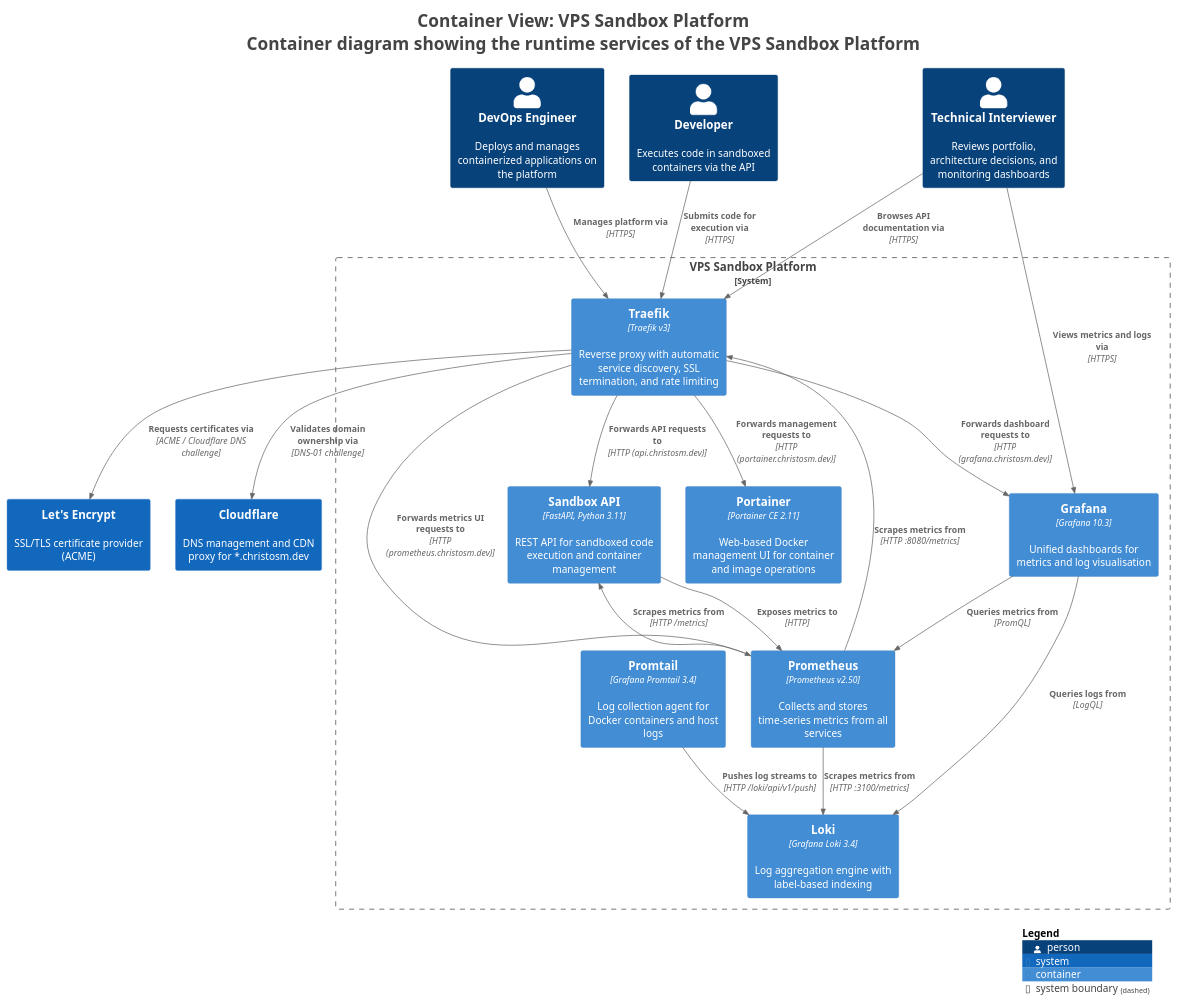
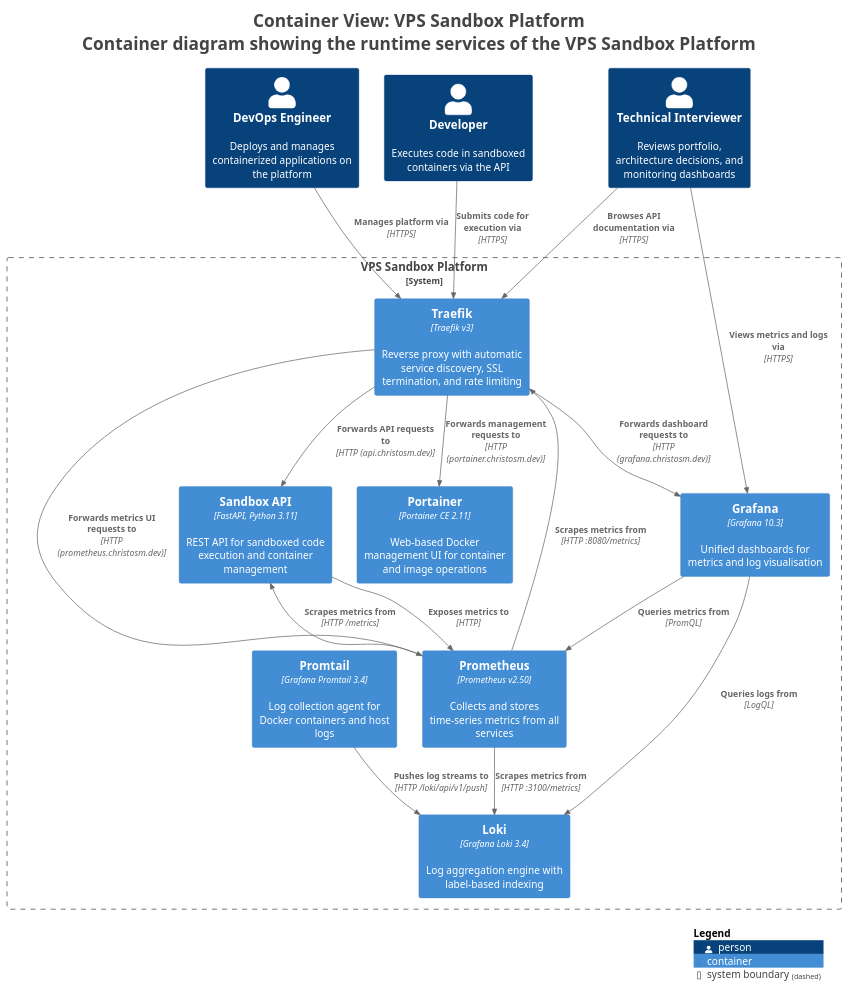
The diagram in vps-sandbox-c4-architecture/exports/puml/structurizr-Containers.puml (christosm-dev/portfolio), drawn with PlantUML before and after one commit. The commit also changed 2 other files, not shown here.

Commit message:
Exclude Let's Encrypt and Cloudflare from Container diagram

```diff
--- a/vps-sandbox-c4-architecture/exports/puml/structurizr-Containers.puml
+++ b/vps-sandbox-c4-architecture/exports/puml/structurizr-Containers.puml
@@ -1,54 +1,50 @@
 @startuml
 title <size:24>Container View: VPS Sandbox Platform</size>\n<size:24>Container diagram showing the runtime services of the VPS Sandbox Platform</size>
 
 set separator none
 top to bottom direction
 
 <style>
   root {
     BackgroundColor: #ffffff
     FontColor: #444444
   }
 </style>
 
 !include <C4/C4>
 !include <C4/C4_Context>
 !include <C4/C4_Container>
 
 Person(DevOpsEngineer, "DevOps Engineer", $descr="Deploys and manages containerized applications on the platform", $tags="", $link="")
 Person(Developer, "Developer", $descr="Executes code in sandboxed containers via the API", $tags="", $link="")
 Person(TechnicalInterviewer, "Technical Interviewer", $descr="Reviews portfolio, architecture decisions, and monitoring dashboards", $tags="", $link="")
-System(LetsEncrypt, "Let's Encrypt", $descr="SSL/TLS certificate provider (ACME)", $tags="", $link="")
-System(Cloudflare, "Cloudflare", $descr="DNS management and CDN proxy for *.christosm.dev", $tags="", $link="")
 
 System_Boundary("VPSSandboxPlatform_boundary", "VPS Sandbox Platform", $tags="") {
     Container(VPSSandboxPlatform.Traefik, "Traefik", $techn="Traefik v3", $descr="Reverse proxy with automatic service discovery, SSL termination, and rate limiting", $tags="", $link="")
   Container(VPSSandboxPlatform.SandboxAPI, "Sandbox API", $techn="FastAPI, Python 3.11", $descr="REST API for sandboxed code execution and container management", $tags="", $link="")
   Container(VPSSandboxPlatform.Prometheus, "Prometheus", $techn="Prometheus v2.50", $descr="Collects and stores time-series metrics from all services", $tags="", $link="")
   Container(VPSSandboxPlatform.Grafana, "Grafana", $techn="Grafana 10.3", $descr="Unified dashboards for metrics and log visualisation", $tags="", $link="")
   Container(VPSSandboxPlatform.Loki, "Loki", $techn="Grafana Loki 3.4", $descr="Log aggregation engine with label-based indexing", $tags="", $link="")
   Container(VPSSandboxPlatform.Promtail, "Promtail", $techn="Grafana Promtail 3.4", $descr="Log collection agent for Docker containers and host logs", $tags="", $link="")
   Container(VPSSandboxPlatform.Portainer, "Portainer", $techn="Portainer CE 2.11", $descr="Web-based Docker management UI for container and image operations", $tags="", $link="")
 }
 
 Rel(DevOpsEngineer, VPSSandboxPlatform.Traefik, "Manages platform via", $techn="HTTPS", $tags="", $link="")
 Rel(Developer, VPSSandboxPlatform.Traefik, "Submits code for execution via", $techn="HTTPS", $tags="", $link="")
 Rel(TechnicalInterviewer, VPSSandboxPlatform.Grafana, "Views metrics and logs via", $techn="HTTPS", $tags="", $link="")
 Rel(TechnicalInterviewer, VPSSandboxPlatform.Traefik, "Browses API documentation via", $techn="HTTPS", $tags="", $link="")
 Rel(VPSSandboxPlatform.Traefik, VPSSandboxPlatform.SandboxAPI, "Forwards API requests to", $techn="HTTP (api.christosm.dev)", $tags="", $link="")
 Rel(VPSSandboxPlatform.Traefik, VPSSandboxPlatform.Grafana, "Forwards dashboard requests to", $techn="HTTP (grafana.christosm.dev)", $tags="", $link="")
 Rel(VPSSandboxPlatform.Traefik, VPSSandboxPlatform.Prometheus, "Forwards metrics UI requests to", $techn="HTTP (prometheus.christosm.dev)", $tags="", $link="")
 Rel(VPSSandboxPlatform.Traefik, VPSSandboxPlatform.Portainer, "Forwards management requests to", $techn="HTTP (portainer.christosm.dev)", $tags="", $link="")
-Rel(VPSSandboxPlatform.Traefik, LetsEncrypt, "Requests certificates via", $techn="ACME / Cloudflare DNS challenge", $tags="", $link="")
-Rel(VPSSandboxPlatform.Traefik, Cloudflare, "Validates domain ownership via", $techn="DNS-01 challenge", $tags="", $link="")
 Rel(VPSSandboxPlatform.Prometheus, VPSSandboxPlatform.SandboxAPI, "Scrapes metrics from", $techn="HTTP /metrics", $tags="", $link="")
 Rel(VPSSandboxPlatform.Prometheus, VPSSandboxPlatform.Traefik, "Scrapes metrics from", $techn="HTTP :8080/metrics", $tags="", $link="")
 Rel(VPSSandboxPlatform.Prometheus, VPSSandboxPlatform.Loki, "Scrapes metrics from", $techn="HTTP :3100/metrics", $tags="", $link="")
 Rel(VPSSandboxPlatform.Grafana, VPSSandboxPlatform.Prometheus, "Queries metrics from", $techn="PromQL", $tags="", $link="")
 Rel(VPSSandboxPlatform.Grafana, VPSSandboxPlatform.Loki, "Queries logs from", $techn="LogQL", $tags="", $link="")
 Rel(VPSSandboxPlatform.Promtail, VPSSandboxPlatform.Loki, "Pushes log streams to", $techn="HTTP /loki/api/v1/push", $tags="", $link="")
 Rel(VPSSandboxPlatform.SandboxAPI, VPSSandboxPlatform.Prometheus, "Exposes metrics to", $techn="HTTP", $tags="", $link="")
 
 SHOW_LEGEND(true)
 hide stereotypes
 @enduml
```
